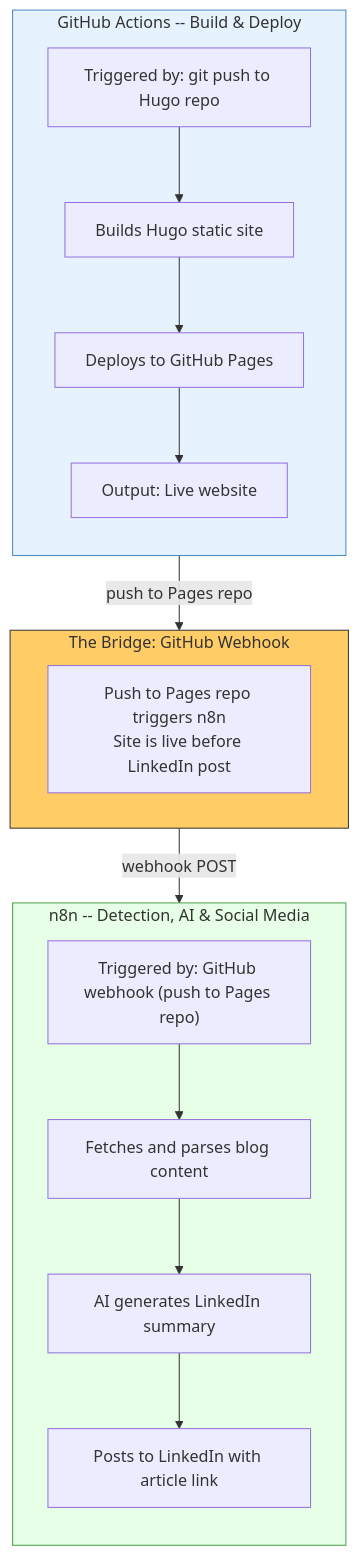
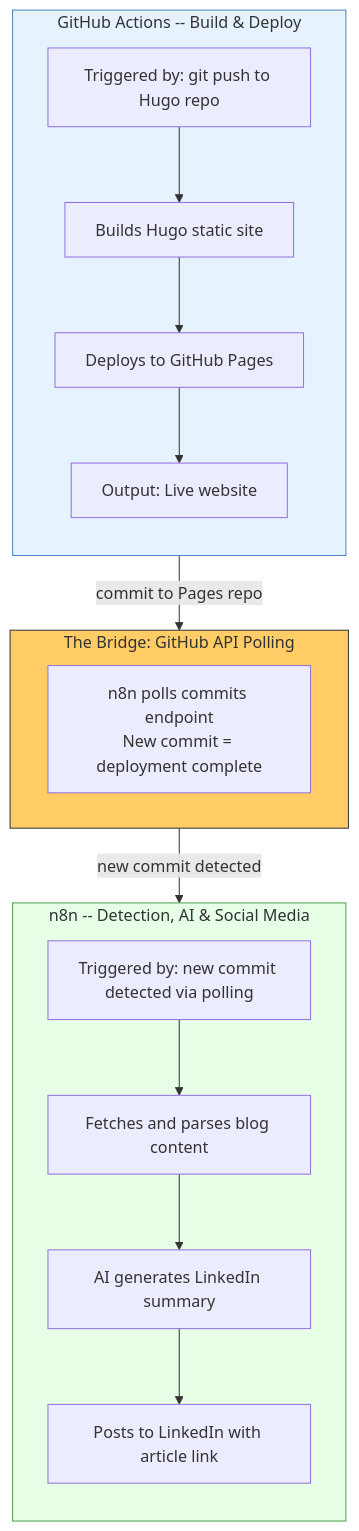
One commit to thatsmeadarsh/n8n-powered-auto-web-publish changed the sixth of 7 diagrams in docs/architecture.md. Above: the diagram before and after it, drawn with Mermaid. The commit also changed other lines of this file and 4 other files, not shown here.

First line of the commit message:
Switch from webhook trigger to polling for corporate network compatibility

````diff
--- a/docs/architecture.md
+++ b/docs/architecture.md
@@ -437,31 +338,31 @@
 ```mermaid
 graph TB
-    subgraph Bridge["The Bridge: GitHub Webhook"]
-        FW["Push to Pages repo triggers n8n<br/>Site is live before LinkedIn post"]
+    subgraph Bridge["The Bridge: GitHub API Polling"]
+        FW["n8n polls commits endpoint<br/>New commit = deployment complete"]
     end
 
     subgraph GitHubActions["GitHub Actions -- Build & Deploy"]
         direction TB
         GA1["Triggered by: git push to Hugo repo"]
         GA2["Builds Hugo static site"]
         GA3["Deploys to GitHub Pages"]
         GA4["Output: Live website"]
         GA1 --> GA2 --> GA3 --> GA4
     end
 
     subgraph n8nWorkflow["n8n -- Detection, AI & Social Media"]
         direction TB
-        N1["Triggered by: GitHub webhook (push to Pages repo)"]
+        N1["Triggered by: new commit detected via polling"]
         N2["Fetches and parses blog content"]
         N3["AI generates LinkedIn summary"]
         N4["Posts to LinkedIn with article link"]
         N1 --> N2 --> N3 --> N4
     end
 
-    GitHubActions -->|"push to Pages repo"| Bridge
-    Bridge -->|"webhook POST"| n8nWorkflow
+    GitHubActions -->|"commit to Pages repo"| Bridge
+    Bridge -->|"new commit detected"| n8nWorkflow
 
     style Bridge fill:#ffcc66,stroke:#333
     style GitHubActions fill:#e6f3ff,stroke:#4a86c8
     style n8nWorkflow fill:#e6ffe6,stroke:#4a9e4a
 ```
````
